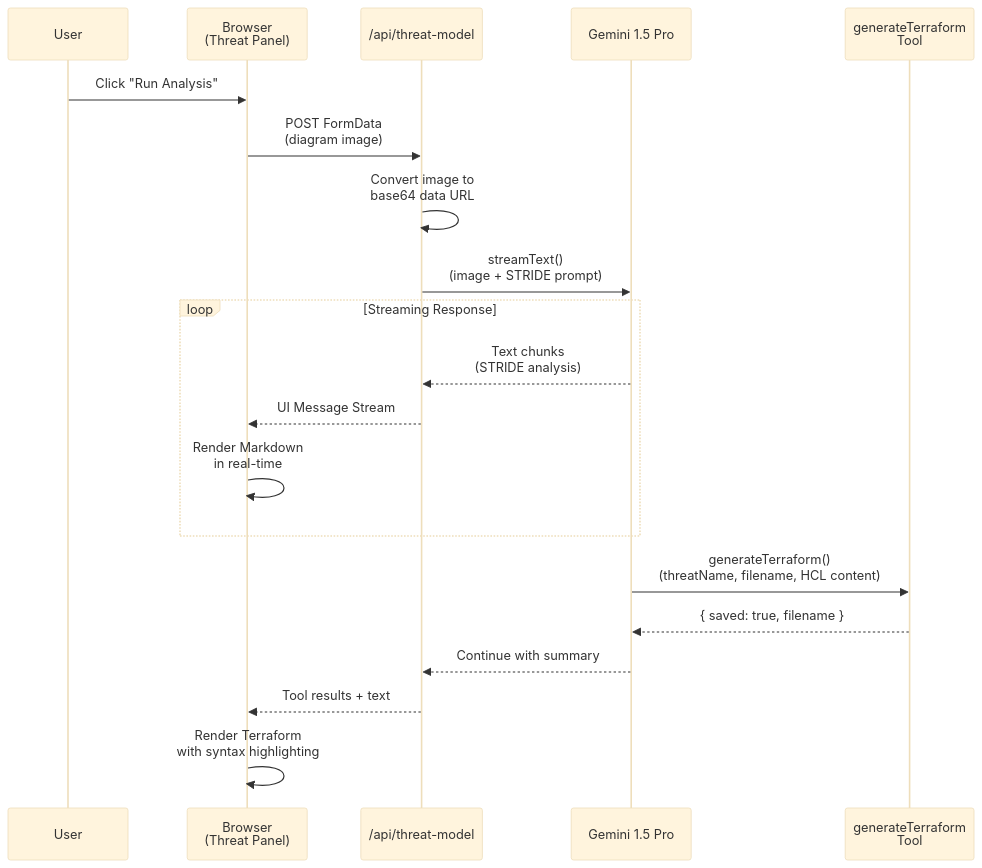
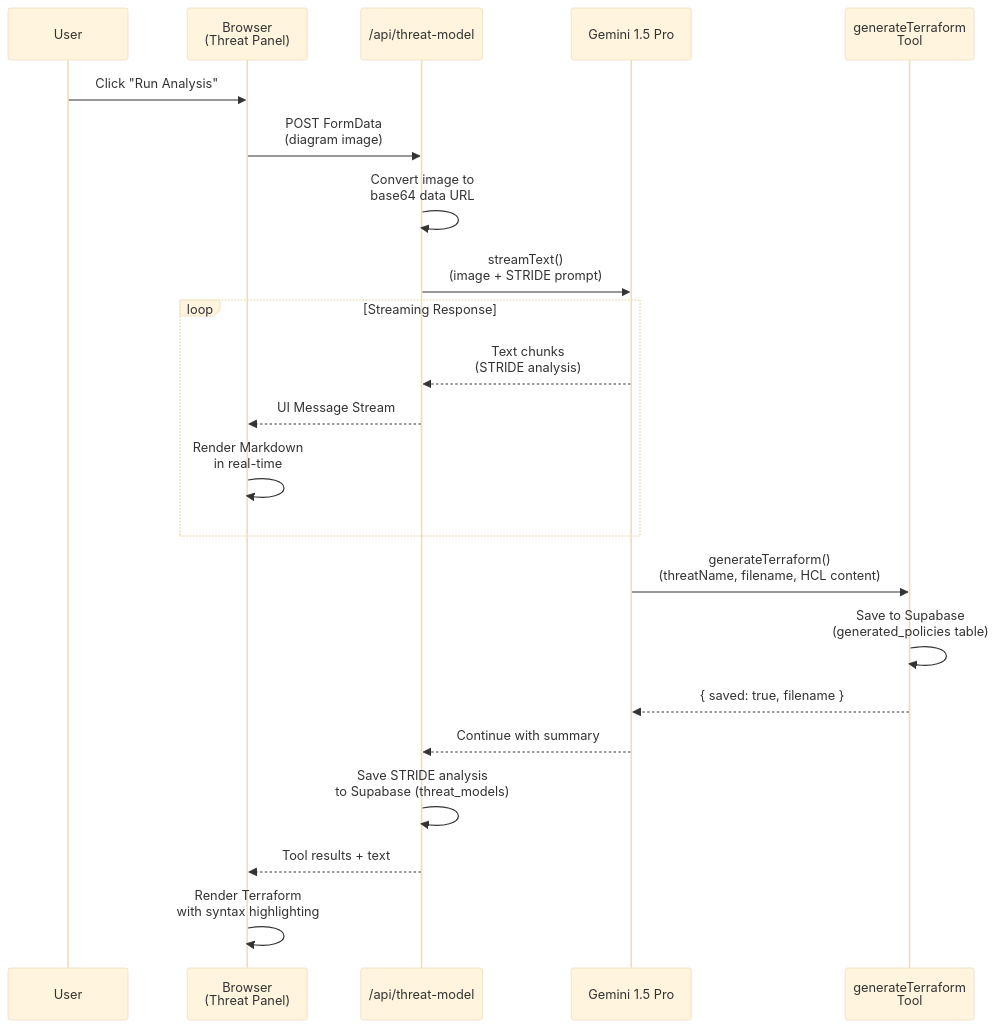
One commit to ithllc/ArchIntel changed the third of 7 diagrams in docs/architecture/system-architecture.md. Above: the diagram before and after it, drawn with Mermaid (base theme). The commit also changed other lines of this file and 9 other files, not shown here.

First line of the commit message:
Integrate Supabase persistence, add test diagrams, update docs

````diff
--- a/docs/architecture/system-architecture.md
+++ b/docs/architecture/system-architecture.md
@@ -126,27 +138,29 @@
 ```mermaid
 sequenceDiagram
     participant User
     participant Browser as Browser<br/>(Threat Panel)
     participant API as /api/threat-model
     participant Gemini as Gemini 1.5 Pro
     participant Tool as generateTerraform<br/>Tool
 
     User->>Browser: Click "Run Analysis"
     Browser->>API: POST FormData<br/>(diagram image)
     API->>API: Convert image to<br/>base64 data URL
 
     API->>Gemini: streamText()<br/>(image + STRIDE prompt)
 
     loop Streaming Response
         Gemini-->>API: Text chunks<br/>(STRIDE analysis)
         API-->>Browser: UI Message Stream
         Browser->>Browser: Render Markdown<br/>in real-time
     end
 
     Gemini->>Tool: generateTerraform()<br/>(threatName, filename, HCL content)
+    Tool->>Tool: Save to Supabase<br/>(generated_policies table)
     Tool-->>Gemini: { saved: true, filename }
     Gemini-->>API: Continue with summary
+    API->>API: Save STRIDE analysis<br/>to Supabase (threat_models)
     API-->>Browser: Tool results + text
 
     Browser->>Browser: Render Terraform<br/>with syntax highlighting
 ```
````
